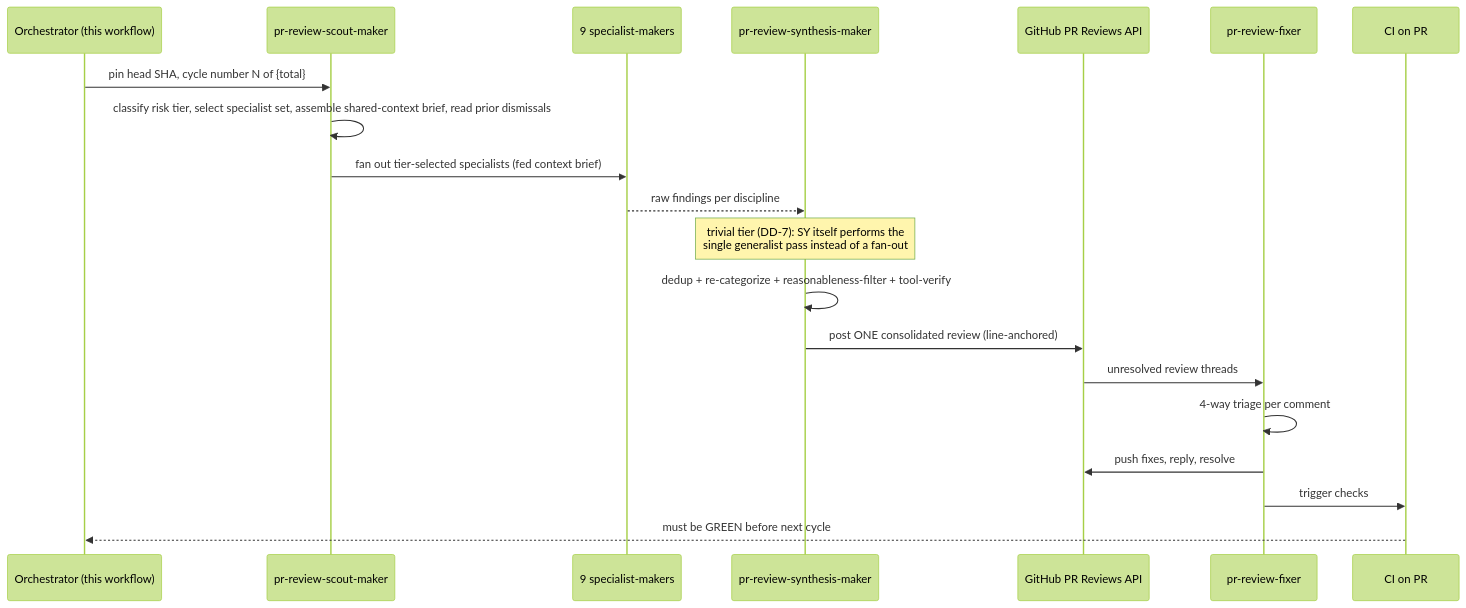
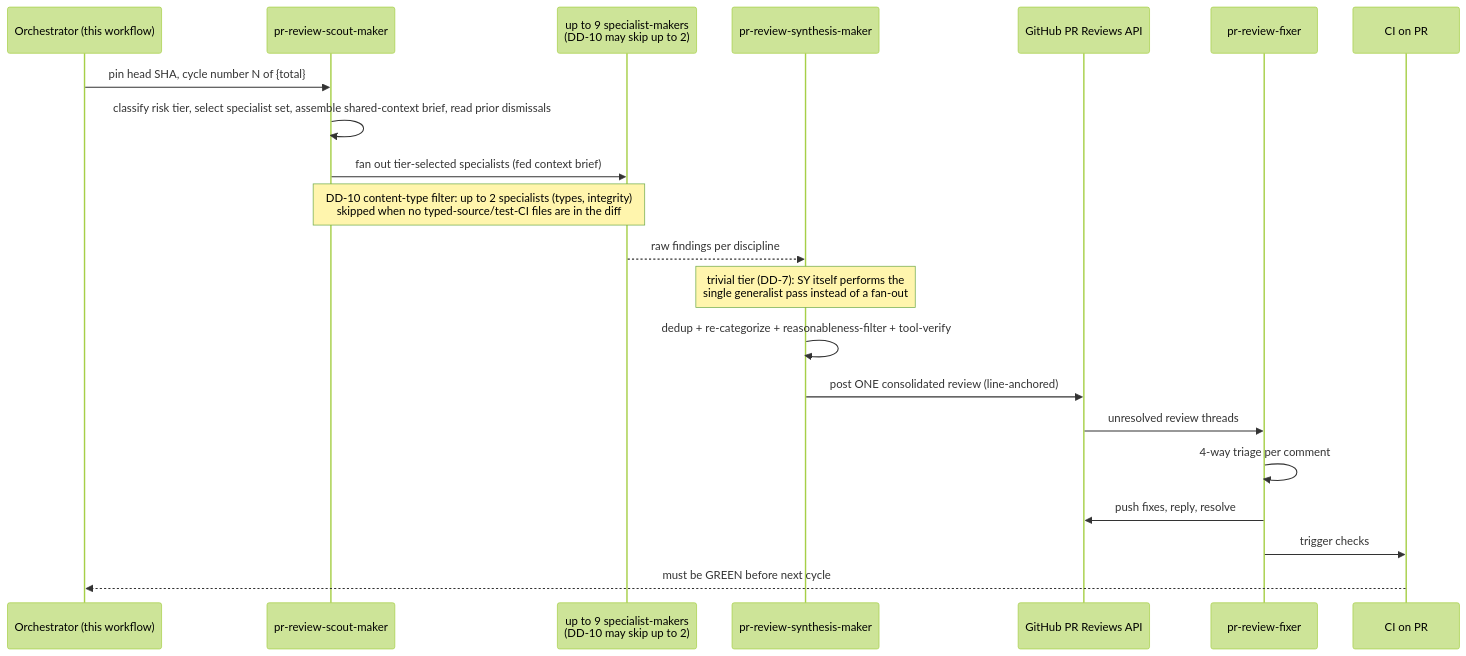
Before and after one commit to wahidyankf/baseerah: the second of 3 diagrams in repo-governance/workflows/pr/pr-review-quality-gate.md, drawn with Mermaid (forest theme). The commit also changed other lines of this file and 41 other files, not shown here.

````diff
--- a/repo-governance/workflows/pr/pr-review-quality-gate.md
+++ b/repo-governance/workflows/pr/pr-review-quality-gate.md
@@ -164,23 +165,24 @@
 ```mermaid
 sequenceDiagram
   participant O as Orchestrator (this workflow)
   participant SC as pr-review-scout-maker
-  participant SP as 9 specialist-makers
+  participant SP as up to 9 specialist-makers<br/>(DD-10 may skip up to 2)
   participant SY as pr-review-synthesis-maker
   participant GH as GitHub PR Reviews API
   participant F as pr-review-fixer
   participant CI as CI on PR
 
   O->>SC: pin head SHA, cycle number N of {total}
   SC->>SC: classify risk tier, select specialist set, assemble shared-context brief, read prior dismissals
   SC->>SP: fan out tier-selected specialists (fed context brief)
+  Note over SC,SP: DD-10 content-type filter: up to 2 specialists (types, integrity)<br/>skipped when no typed-source/test-CI files are in the diff
   SP-->>SY: raw findings per discipline
   Note over SY: trivial tier (DD-7): SY itself performs the<br/>single generalist pass instead of a fan-out
   SY->>SY: dedup + re-categorize + reasonableness-filter + tool-verify
   SY->>GH: post ONE consolidated review (line-anchored)
   GH->>F: unresolved review threads
   F->>F: 4-way triage per comment
   F->>GH: push fixes, reply, resolve
   F->>CI: trigger checks
   CI-->>O: must be GREEN before next cycle
 ```
````
